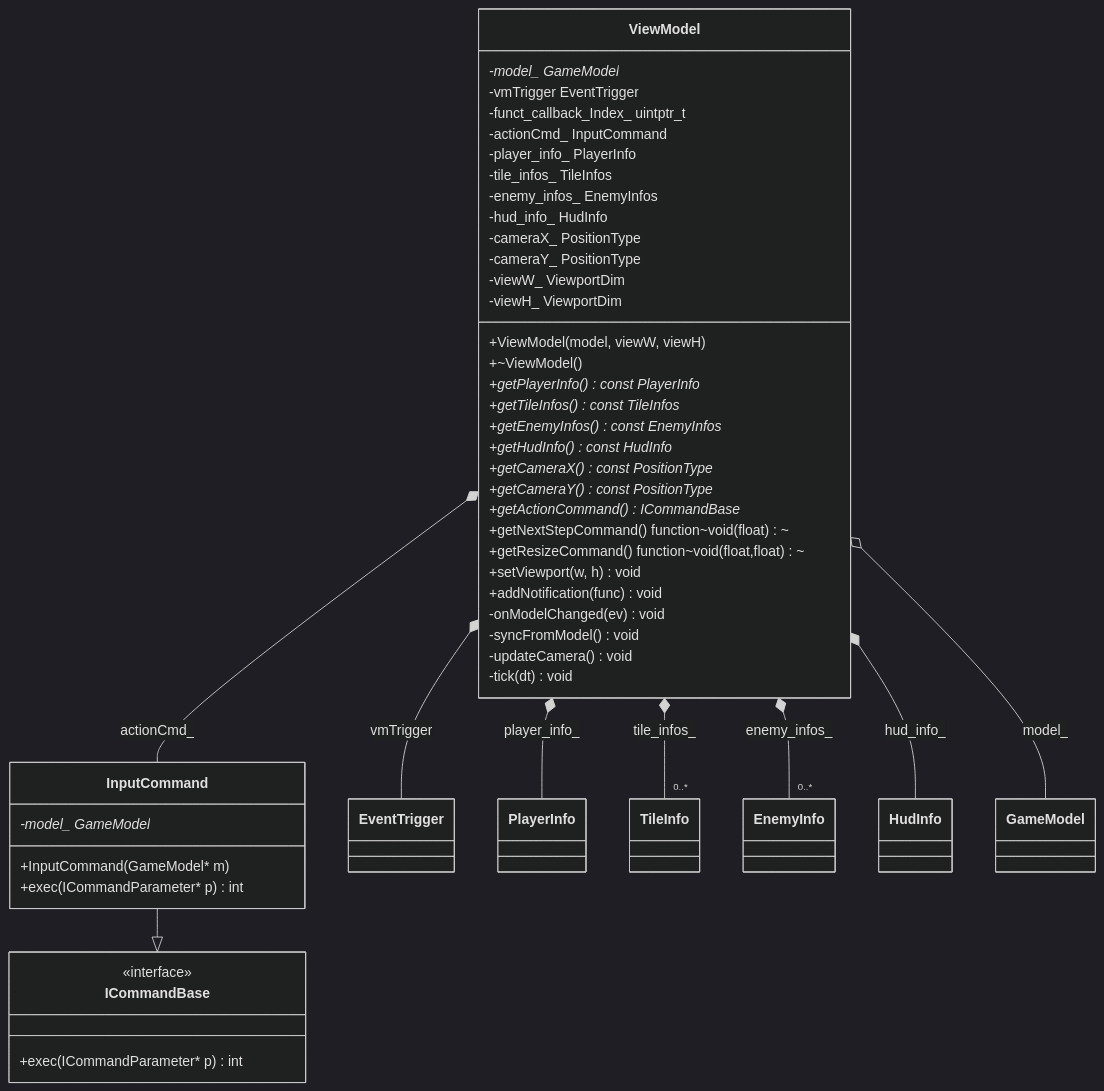
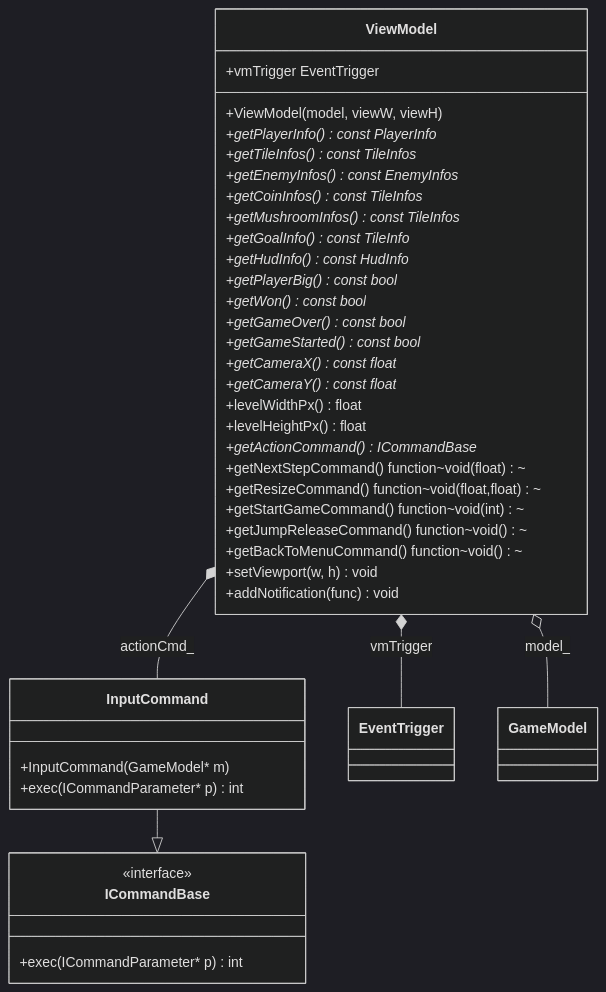
Before and after one commit to Lasuac-SG/Mario: the second of 4 diagrams in README.md, drawn with Mermaid (dark theme). The commit also changed other lines of this file, not shown here.

````diff
--- a/README.md
+++ b/README.md
@@ -156,56 +141,47 @@
 ```mermaid
 classDiagram
     direction TB
 
     class ICommandBase {
         <<interface>>
         +exec(ICommandParameter* p) int
     }
 
     class InputCommand {
         +InputCommand(GameModel* m)
         +exec(ICommandParameter* p) int
-        -model_ GameModel*
     }
 
     class ViewModel {
         +ViewModel(model, viewW, viewH)
-        +~ViewModel()
         +getPlayerInfo() const PlayerInfo*
         +getTileInfos() const TileInfos*
         +getEnemyInfos() const EnemyInfos*
+        +getCoinInfos() const TileInfos*
+        +getMushroomInfos() const TileInfos*
+        +getGoalInfo() const TileInfo*
         +getHudInfo() const HudInfo*
-        +getCameraX() const PositionType*
-        +getCameraY() const PositionType*
+        +getPlayerBig() const bool*
+        +getWon() const bool*
+        +getGameOver() const bool*
+        +getGameStarted() const bool*
+        +getCameraX() const float*
+        +getCameraY() const float*
+        +levelWidthPx() float
+        +levelHeightPx() float
         +getActionCommand() ICommandBase*
         +getNextStepCommand() function~void(float)~
         +getResizeCommand() function~void(float,float)~
+        +getStartGameCommand() function~void(int)~
+        +getJumpReleaseCommand() function~void()~
+        +getBackToMenuCommand() function~void()~
         +setViewport(w, h) void
         +addNotification(func) void
-        -onModelChanged(ev) void
-        -syncFromModel() void
-        -updateCamera() void
-        -tick(dt) void
-        -model_ GameModel*
-        -vmTrigger EventTrigger
-        -funct_callback_Index_ uintptr_t
-        -actionCmd_ InputCommand
-        -player_info_ PlayerInfo
-        -tile_infos_ TileInfos
-        -enemy_infos_ EnemyInfos
-        -hud_info_ HudInfo
-        -cameraX_ PositionType
-        -cameraY_ PositionType
-        -viewW_ ViewportDim
-        -viewH_ ViewportDim
+        +vmTrigger EventTrigger
     }
 
     InputCommand --|> ICommandBase
     ViewModel *-- InputCommand : actionCmd_
     ViewModel *-- EventTrigger : vmTrigger
-    ViewModel *-- PlayerInfo : player_info_
-    ViewModel *-- "0..*" TileInfo : tile_infos_
-    ViewModel *-- "0..*" EnemyInfo : enemy_infos_
-    ViewModel *-- HudInfo : hud_info_
     ViewModel o-- GameModel : model_
 ```
````
